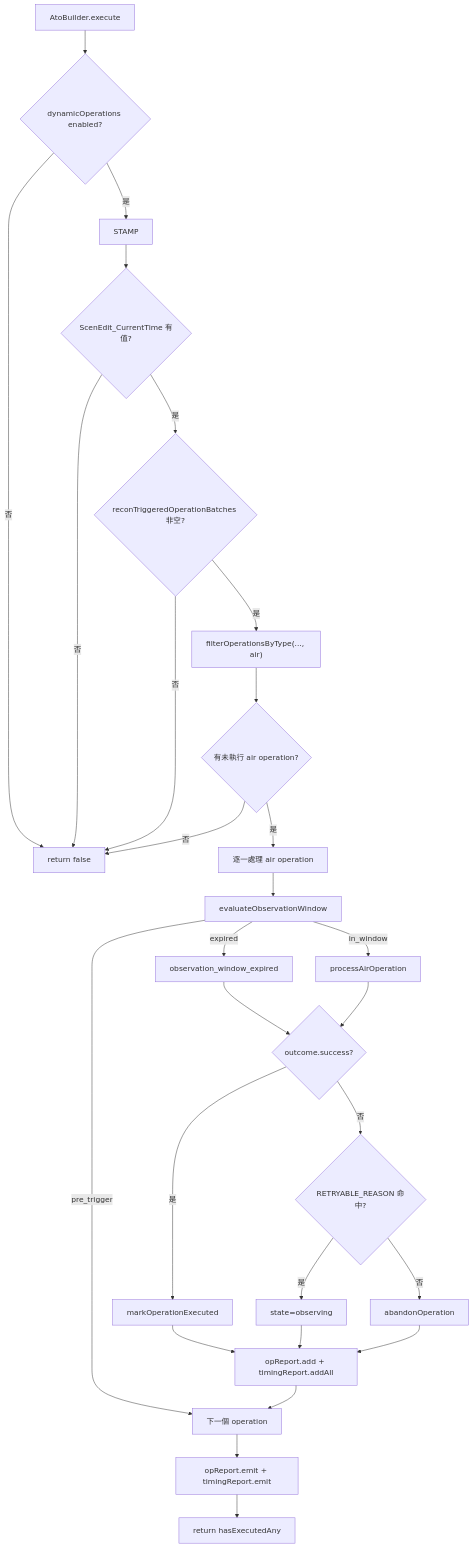
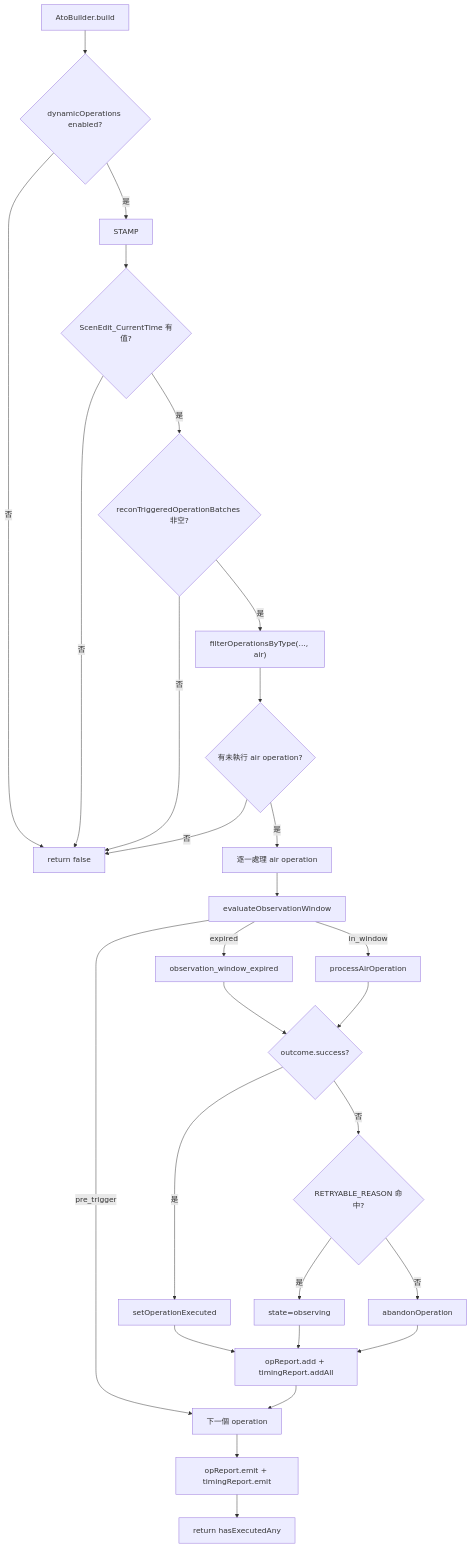
The first of 2 diagrams in docs/strikePlanner/atoBuilder.md (pullupjumper/formosa-in-flames), drawn with Mermaid before and after one commit. The commit also changed other lines of this file and 93 other files, not shown here.

````diff
--- a/docs/strikePlanner/atoBuilder.md
+++ b/docs/strikePlanner/atoBuilder.md
@@ -23,41 +23,41 @@
 ```mermaid
 flowchart TD
-    ENTRY["AtoBuilder.execute"]
+    ENTRY["AtoBuilder.build"]
     ENABLED{"dynamicOperations enabled?"}
     HAS_TIME{"ScenEdit_CurrentTime 有值?"}
     HAS_BATCH{"reconTriggeredOperationBatches 非空?"}
     FILTER["filterOperationsByType(..., air)"]
     HAS_AIR{"有未執行 air operation?"}
     LOOP["逐一處理 air operation"]
     WINDOW["evaluateObservationWindow"]
     EXPIRED["observation_window_expired"]
     PROCESS["processAirOperation"]
     DISPATCH{"outcome.success?"}
-    MARK["markOperationExecuted"]
+    MARK["setOperationExecuted"]
     RETRYABLE{"RETRYABLE_REASON 命中?"}
     OBSERVE["state=observing"]
     ABANDON["abandonOperation"]
     ADD_ROW["opReport.add + timingReport.addAll"]
     NEXT["下一個 operation"]
     EMIT["opReport.emit + timingReport.emit"]
     RETURN["return hasExecutedAny"]
     STOP["return false"]
 
     ENTRY --> ENABLED
     ENABLED -->|否| STOP
     ENABLED -->|是| STAMP --> HAS_TIME
     HAS_TIME -->|否| STOP
     HAS_TIME -->|是| HAS_BATCH
     HAS_BATCH -->|否| STOP
     HAS_BATCH -->|是| FILTER --> HAS_AIR
     HAS_AIR -->|否| STOP
     HAS_AIR -->|是| LOOP --> WINDOW
     WINDOW -->|pre_trigger| NEXT
     WINDOW -->|expired| EXPIRED --> DISPATCH
     WINDOW -->|in_window| PROCESS --> DISPATCH
     DISPATCH -->|是| MARK --> ADD_ROW
     DISPATCH -->|否| RETRYABLE
     RETRYABLE -->|是| OBSERVE --> ADD_ROW
     RETRYABLE -->|否| ABANDON --> ADD_ROW
     ADD_ROW --> NEXT --> EMIT --> RETURN
 ```
````
